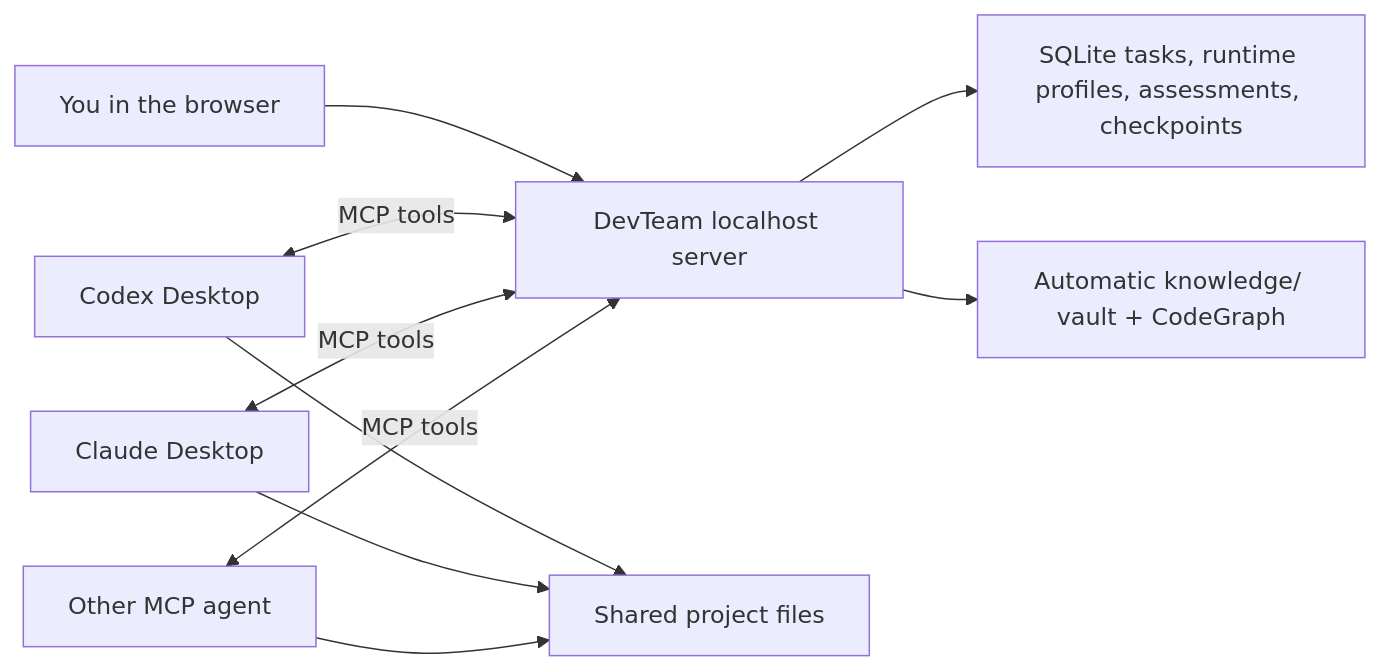
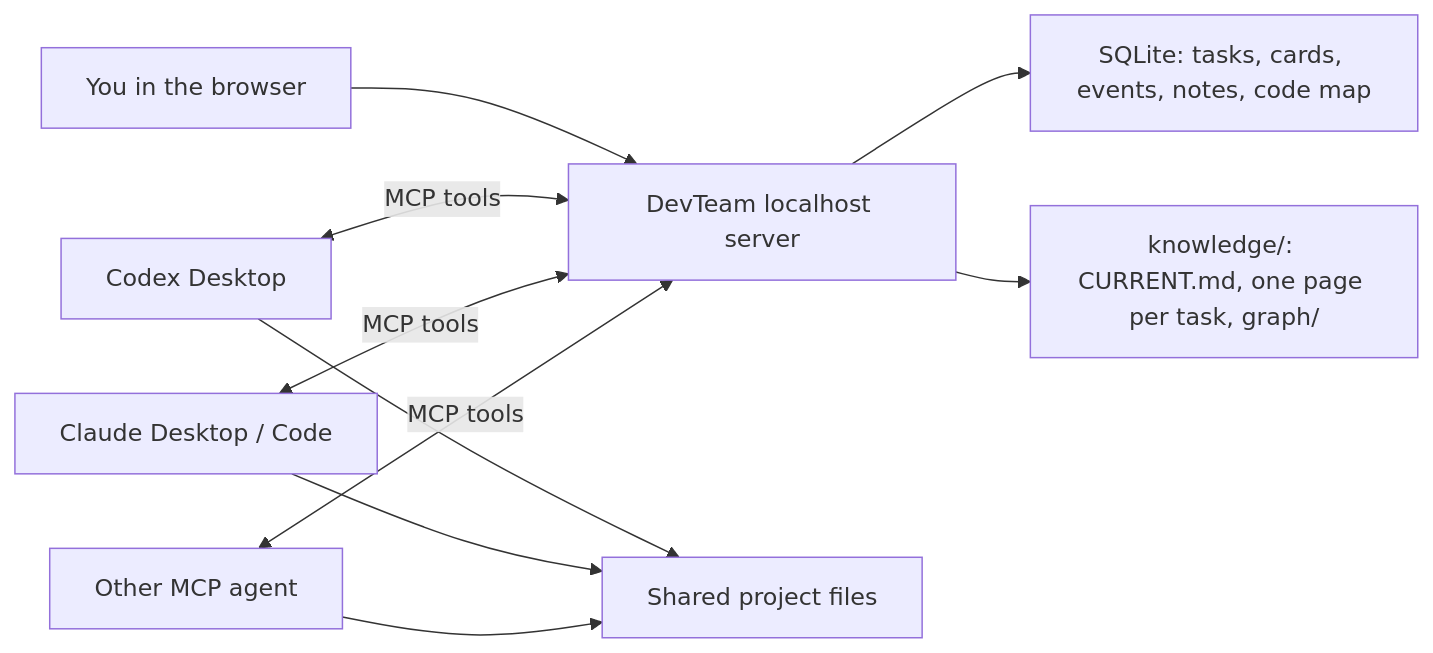
One commit to ItsAloka/DevTeam changed the diagram in README.md. Above: the diagram before and after it, drawn with Mermaid. The commit also changed other lines of this file and 9 other files, not shown here.

````diff
--- a/README.md
+++ b/README.md
@@ -23,12 +20,12 @@
 ```mermaid
 flowchart LR
     U["You in the browser"] --> D["DevTeam localhost server"]
     C["Codex Desktop"] <-->|"MCP tools"| D
-    A["Claude Desktop"] <-->|"MCP tools"| D
+    A["Claude Desktop / Code"] <-->|"MCP tools"| D
     O["Other MCP agent"] <-->|"MCP tools"| D
-    D --> Q["SQLite tasks, runtime profiles, assessments, checkpoints"]
-    D --> K["Automatic knowledge/ vault + CodeGraph"]
+    D --> Q["SQLite: tasks, cards, events, notes, code map"]
+    D --> K["knowledge/: CURRENT.md, one page per task, graph/"]
     C --> W["Shared project files"]
     A --> W
     O --> W
 ```
````
